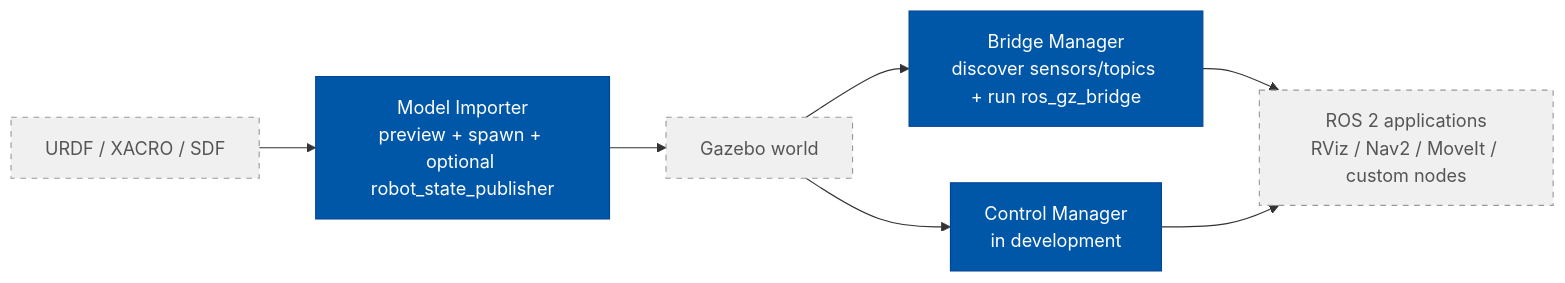
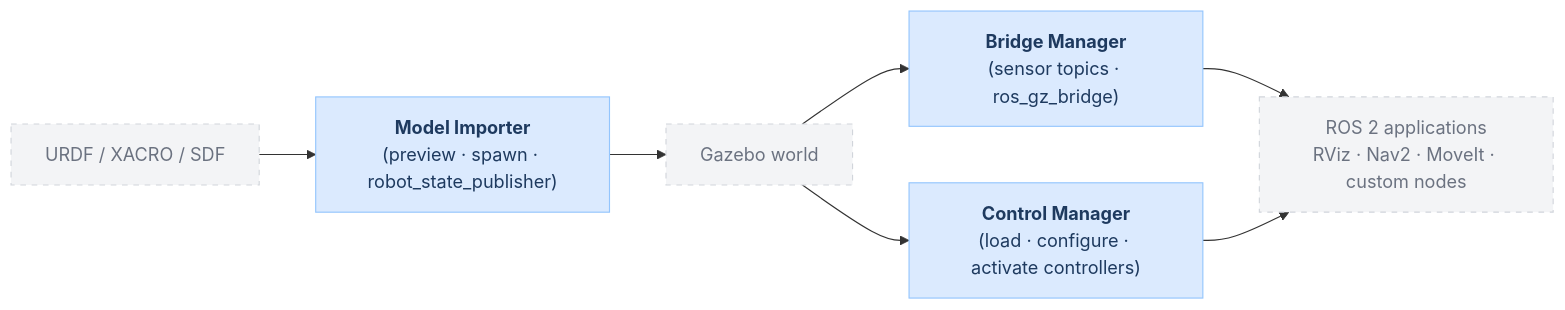
The diagram in README.md (asoriano1/gz_model_importer_plugin), drawn with Mermaid before and after one commit. The commit also changed other lines of this file, not shown here.

Commit message:
docs: restyle mermaid — bold names, pastel colors, fix control manager status

````diff
--- a/README.md
+++ b/README.md
@@ -18,15 +18,18 @@
 ```mermaid
 flowchart LR
-  A[URDF / XACRO / SDF] --> B[Model Importer<br/>preview + spawn + optional robot_state_publisher]
+  A[URDF / XACRO / SDF] --> B["`**Model Importer**
+(preview · spawn · robot_state_publisher)`"]
   B --> C[Gazebo world]
-  C --> D[Bridge Manager<br/>discover sensors/topics + run ros_gz_bridge]
-  C --> E[Control Manager<br/>in development]
-  D --> F[ROS 2 applications<br/>RViz / Nav2 / MoveIt / custom nodes]
+  C --> D["`**Bridge Manager**
+(sensor topics · ros_gz_bridge)`"]
+  C --> E["`**Control Manager**
+(load · configure · activate controllers)`"]
+  D --> F[ROS 2 applications<br/>RViz · Nav2 · MoveIt · custom nodes]
   E --> F
 
-  classDef suite fill:#0057a8,stroke:#004494,color:#ffffff
-  classDef external fill:#f0f0f0,stroke:#999999,color:#555555,stroke-dasharray:5 5
+  classDef suite fill:#dbeafe,stroke:#93c5fd,color:#1e3a5f
+  classDef external fill:#f3f4f6,stroke:#d1d5db,color:#6b7280,stroke-dasharray:5 5
 
   class B,D,E suite
   class A,C,F external
 ```
````
